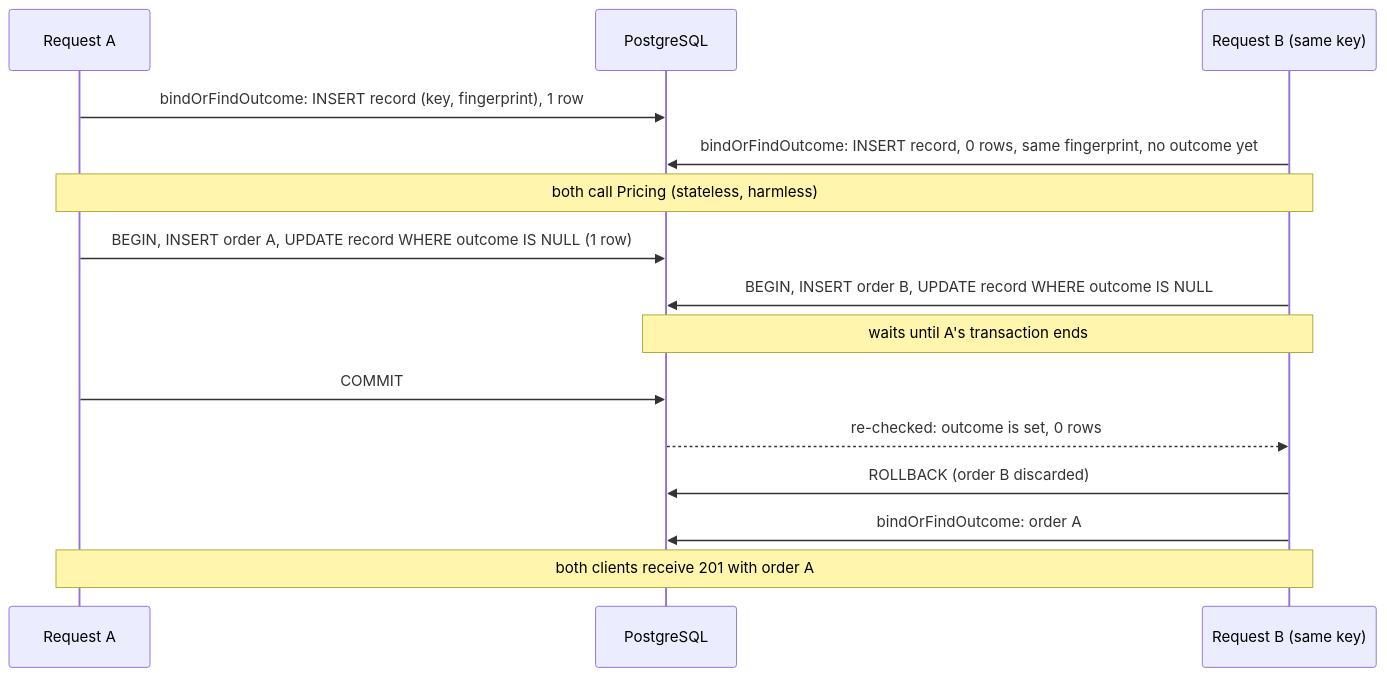
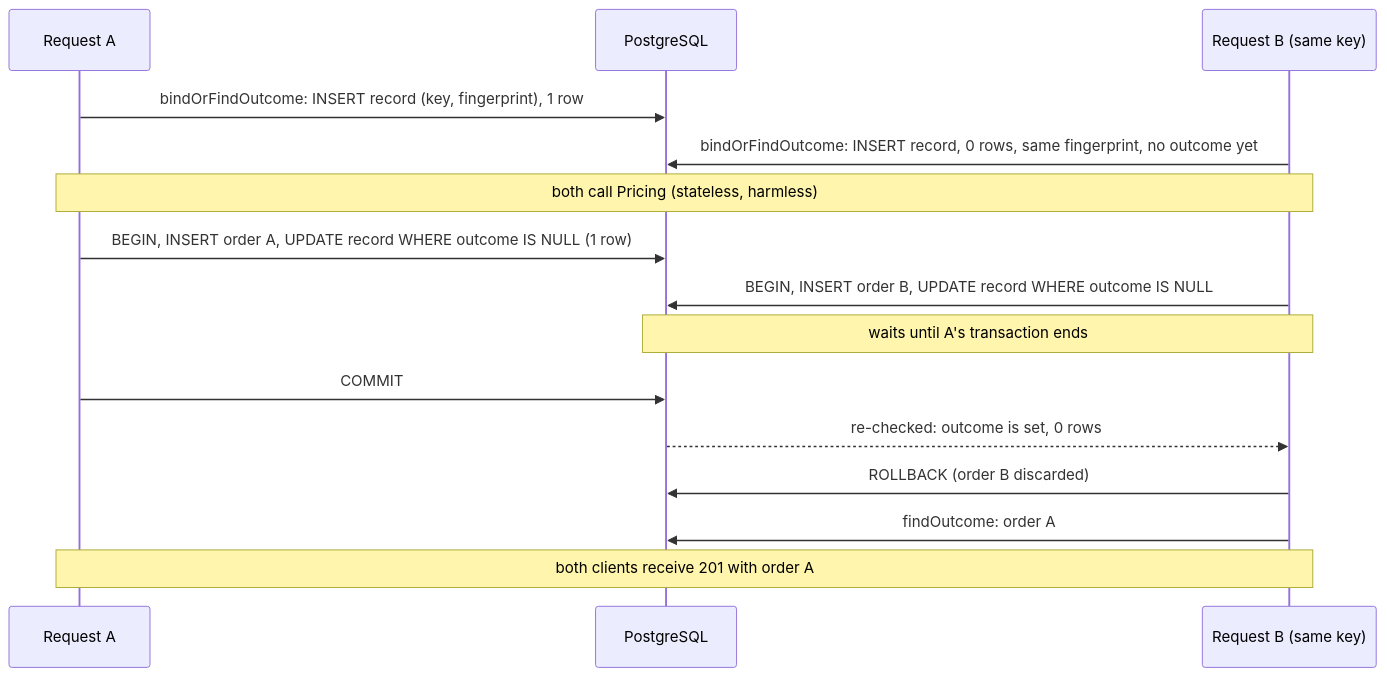
One commit to alankurian727/java-delivery-assessment changed the sixth of 7 diagrams in docs/architecture.md. Above: the diagram before and after it, drawn with Mermaid. The commit also changed 4 other files, not shown here.

````diff
--- a/docs/architecture.md
+++ b/docs/architecture.md
@@ -151,18 +151,18 @@
 ```mermaid
 sequenceDiagram
     participant A as Request A
     participant DB as PostgreSQL
     participant B as Request B (same key)
 
     A->>DB: bindOrFindOutcome: INSERT record (key, fingerprint), 1 row
     B->>DB: bindOrFindOutcome: INSERT record, 0 rows, same fingerprint, no outcome yet
     Note over A,B: both call Pricing (stateless, harmless)
     A->>DB: BEGIN, INSERT order A, UPDATE record WHERE outcome IS NULL (1 row)
     B->>DB: BEGIN, INSERT order B, UPDATE record WHERE outcome IS NULL
     Note over B,DB: waits until A's transaction ends
     A->>DB: COMMIT
     DB-->>B: re-checked: outcome is set, 0 rows
     B->>DB: ROLLBACK (order B discarded)
-    B->>DB: bindOrFindOutcome: order A
+    B->>DB: findOutcome: order A
     Note over A,B: both clients receive 201 with order A
 ```
````
